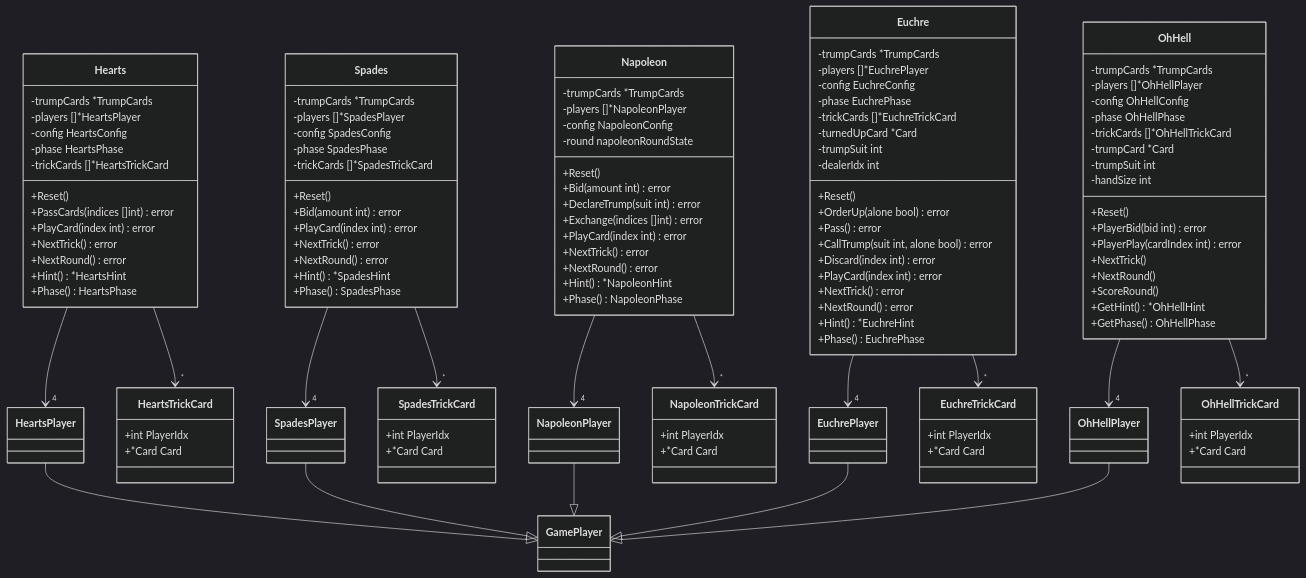
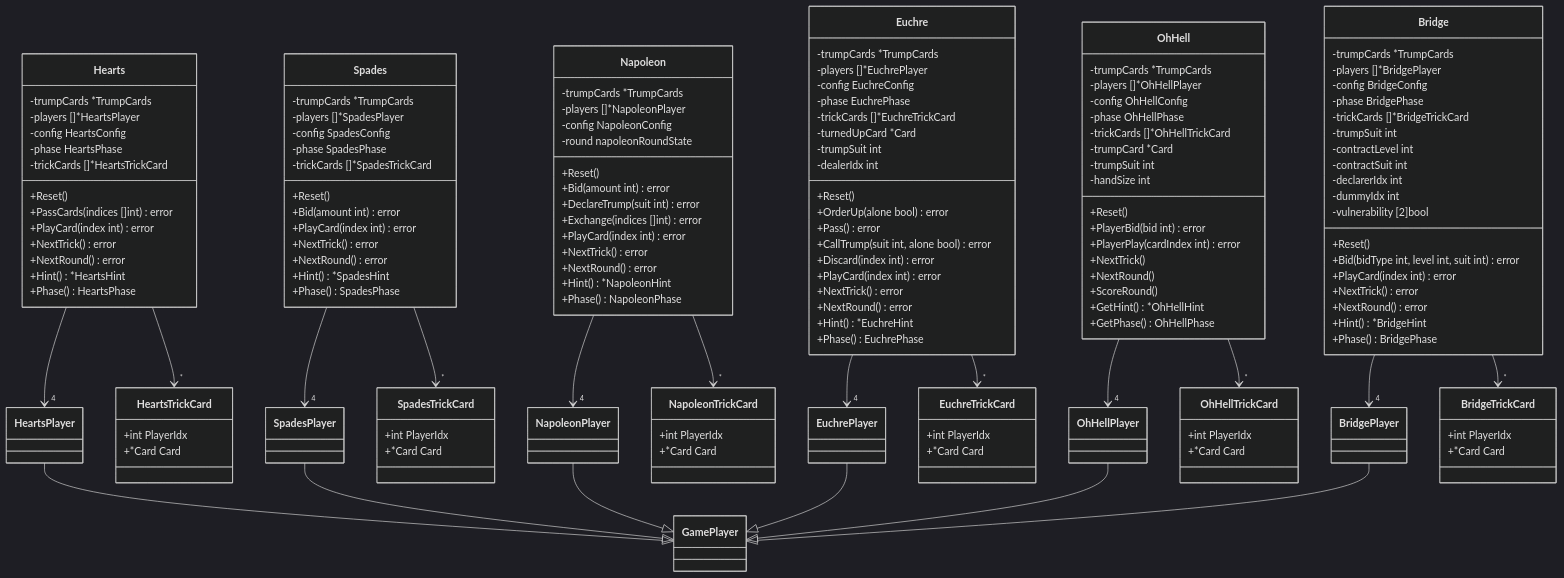
One commit to yuta-yoshinaga/go_trumpcards changed the third of 37 diagrams in docs/design/backend.md. Above: the diagram before and after it, drawn with Mermaid (dark theme). The commit also changed other lines of this file and 52 other files, not shown here.

First line of the commit message:
feat: add Contract Bridge game (#1054)

````diff
--- a/docs/design/backend.md
+++ b/docs/design/backend.md
@@ -350,6 +352,32 @@
         +*Card Card
     }
 
+    class Bridge {
+        -trumpCards *TrumpCards
+        -players []*BridgePlayer
+        -config BridgeConfig
+        -phase BridgePhase
+        -trickCards []*BridgeTrickCard
+        -trumpSuit int
+        -contractLevel int
+        -contractSuit int
+        -declarerIdx int
+        -dummyIdx int
+        -vulnerability [2]bool
+        +Reset()
+        +Bid(bidType int, level int, suit int) error
+        +PlayCard(index int) error
+        +NextTrick() error
+        +NextRound() error
+        +Hint() *BridgeHint
+        +Phase() BridgePhase
+    }
+
+    class BridgeTrickCard {
+        +int PlayerIdx
+        +*Card Card
+    }
+
     Hearts --> "4" HeartsPlayer
     Hearts --> "*" HeartsTrickCard
     Spades --> "4" SpadesPlayer
@@ -360,9 +388,12 @@
     Euchre --> "*" EuchreTrickCard
     OhHell --> "4" OhHellPlayer
     OhHell --> "*" OhHellTrickCard
+    Bridge --> "4" BridgePlayer
+    Bridge --> "*" BridgeTrickCard
     HeartsPlayer --|> GamePlayer
     SpadesPlayer --|> GamePlayer
     NapoleonPlayer --|> GamePlayer
     EuchrePlayer --|> GamePlayer
     OhHellPlayer --|> GamePlayer
+    BridgePlayer --|> GamePlayer
 ```
````
